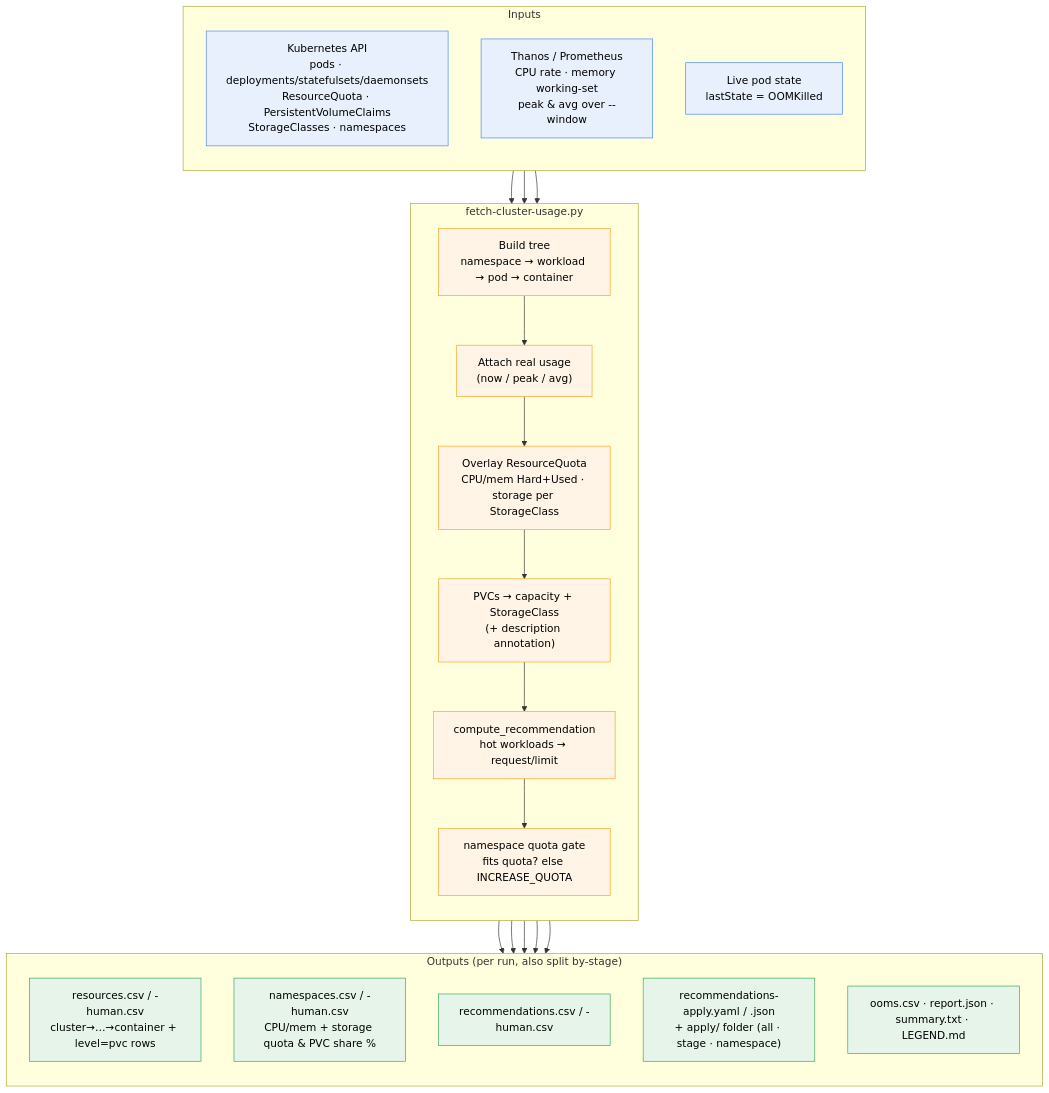
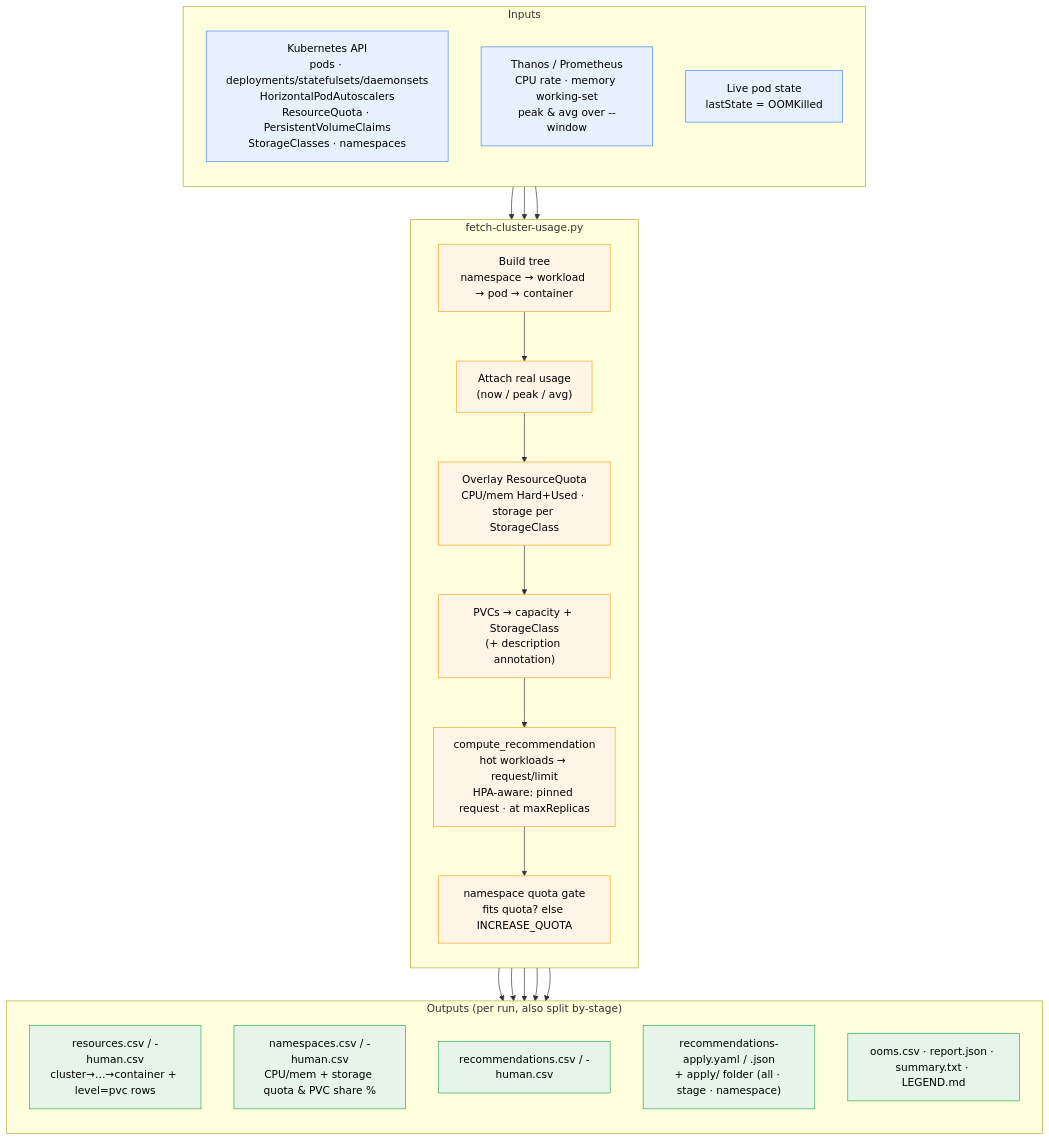
One commit to hakanyedibela/forensic-dashboard changed the second of 5 diagrams in docs/resource-recommendations-architecture.md. Above: the diagram before and after it, drawn with Mermaid. The commit also changed other lines of this file and 4 other files, not shown here.

First line of the commit message:
feat(right-sizing): HPA-aware resource recommendations

````diff
--- a/docs/resource-recommendations-architecture.md
+++ b/docs/resource-recommendations-architecture.md
@@ -66,39 +66,39 @@
 ```mermaid
 flowchart TB
     subgraph IN["Inputs"]
         direction TB
-        A1["Kubernetes API<br/>pods · deployments/statefulsets/daemonsets<br/>ResourceQuota · PersistentVolumeClaims<br/>StorageClasses · namespaces"]
+        A1["Kubernetes API<br/>pods · deployments/statefulsets/daemonsets<br/>HorizontalPodAutoscalers<br/>ResourceQuota · PersistentVolumeClaims<br/>StorageClasses · namespaces"]
         A2["Thanos / Prometheus<br/>CPU rate · memory working-set<br/>peak & avg over --window"]
         A3["Live pod state<br/>lastState = OOMKilled"]
     end
 
     subgraph PROC["fetch-cluster-usage.py"]
         direction TB
         P1["Build tree<br/>namespace → workload → pod → container"]
         P2["Attach real usage<br/>(now / peak / avg)"]
         P3["Overlay ResourceQuota<br/>CPU/mem Hard+Used · storage per StorageClass"]
         P4["PVCs → capacity + StorageClass<br/>(+ description annotation)"]
-        P5["compute_recommendation<br/>hot workloads → request/limit"]
+        P5["compute_recommendation<br/>hot workloads → request/limit<br/>HPA-aware: pinned request · at maxReplicas"]
         P6["namespace quota gate<br/>fits quota? else INCREASE_QUOTA"]
         P1 --> P2 --> P3 --> P4 --> P5 --> P6
     end
 
     subgraph OUT["Outputs (per run, also split by-stage)"]
         direction TB
         O1["resources.csv / -human.csv<br/>cluster→…→container + level=pvc rows"]
         O2["namespaces.csv / -human.csv<br/>CPU/mem + storage quota & PVC share %"]
         O3["recommendations.csv / -human.csv"]
         O4["recommendations-apply.yaml / .json<br/>+ apply/ folder (all · stage · namespace)"]
         O5["ooms.csv · report.json · summary.txt · LEGEND.md"]
     end
 
     A1 --> P1
     A2 --> P2
     A3 --> P1
     PROC --> O1 & O2 & O3 & O4 & O5
 
     classDef src fill:#e8f0fe,stroke:#4285f4,color:#000;
     classDef proc fill:#fff4e5,stroke:#f5a623,color:#000;
     classDef out fill:#e6f4ea,stroke:#34a853,color:#000;
     class A1,A2,A3 src; class P1,P2,P3,P4,P5,P6 proc; class O1,O2,O3,O4,O5 out;
 ```
````
